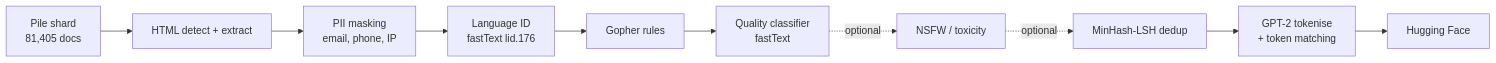
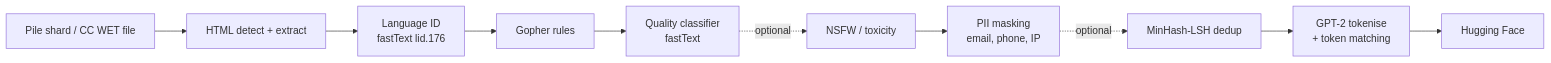
Before and after one commit to ViratGarg2/data_pipeline: the diagram in README.md, drawn with Mermaid. The commit also changed other lines of this file and 16 other files, not shown here.

````diff
--- a/README.md
+++ b/README.md
@@ -27,12 +51,12 @@
 ```mermaid
 flowchart LR
-    A[Pile shard<br/>81,405 docs] --> B[HTML detect + extract]
-    B --> C[PII masking<br/>email, phone, IP]
-    C --> D[Language ID<br/>fastText lid.176]
+    A[Pile shard / CC WET file] --> B[HTML detect + extract]
+    B --> D[Language ID<br/>fastText lid.176]
     D --> E[Gopher rules]
     E --> F[Quality classifier<br/>fastText]
     F -.optional.-> G[NSFW / toxicity]
-    G -.optional.-> H[MinHash-LSH dedup]
+    G --> C[PII masking<br/>email, phone, IP]
+    C -.optional.-> H[MinHash-LSH dedup]
     H --> I[GPT-2 tokenise<br/>+ token matching]
     I --> J[Hugging Face]
 ```
````
